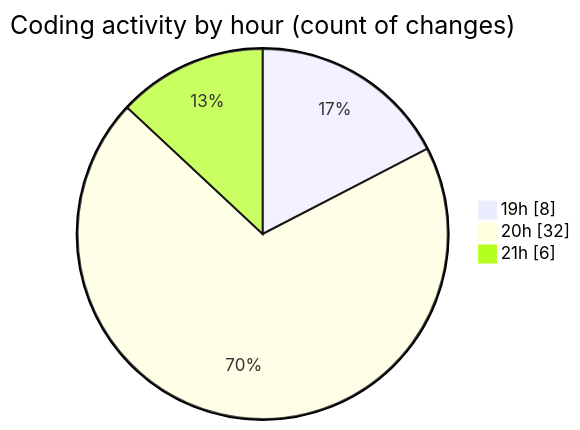
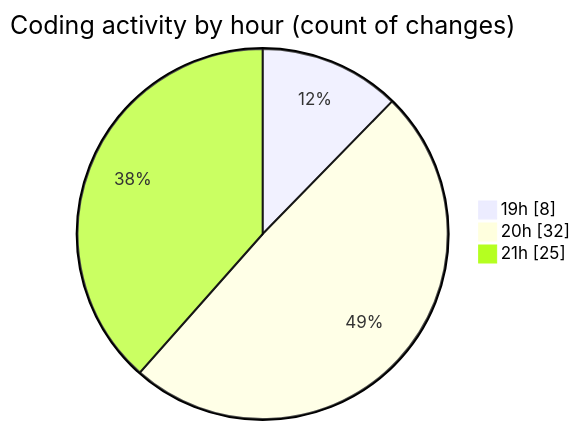
One commit to Elitesun/code-tracking changed the second of 2 diagrams in 2025-05-27/ecom_store/README.md. Above: the diagram before and after it, drawn with Mermaid. The commit also changed other lines of this file and 1 other file, not shown here.

````diff
--- a/2025-05-27/ecom_store/README.md
+++ b/2025-05-27/ecom_store/README.md
@@ -45,7 +49,7 @@
 ```mermaid
 pie showData
 title Coding activity by hour (count of changes)
 "19h" : 8
 "20h" : 32
-"21h" : 6
+"21h" : 25
 ```
````
